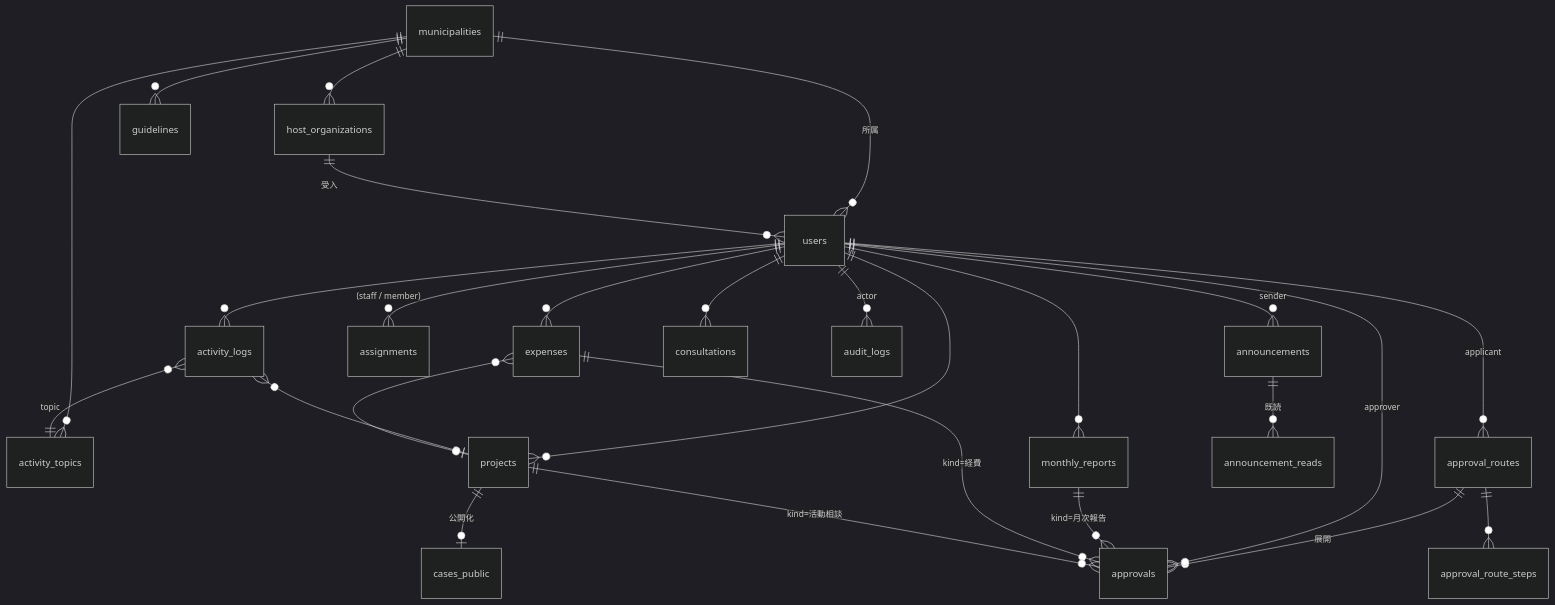
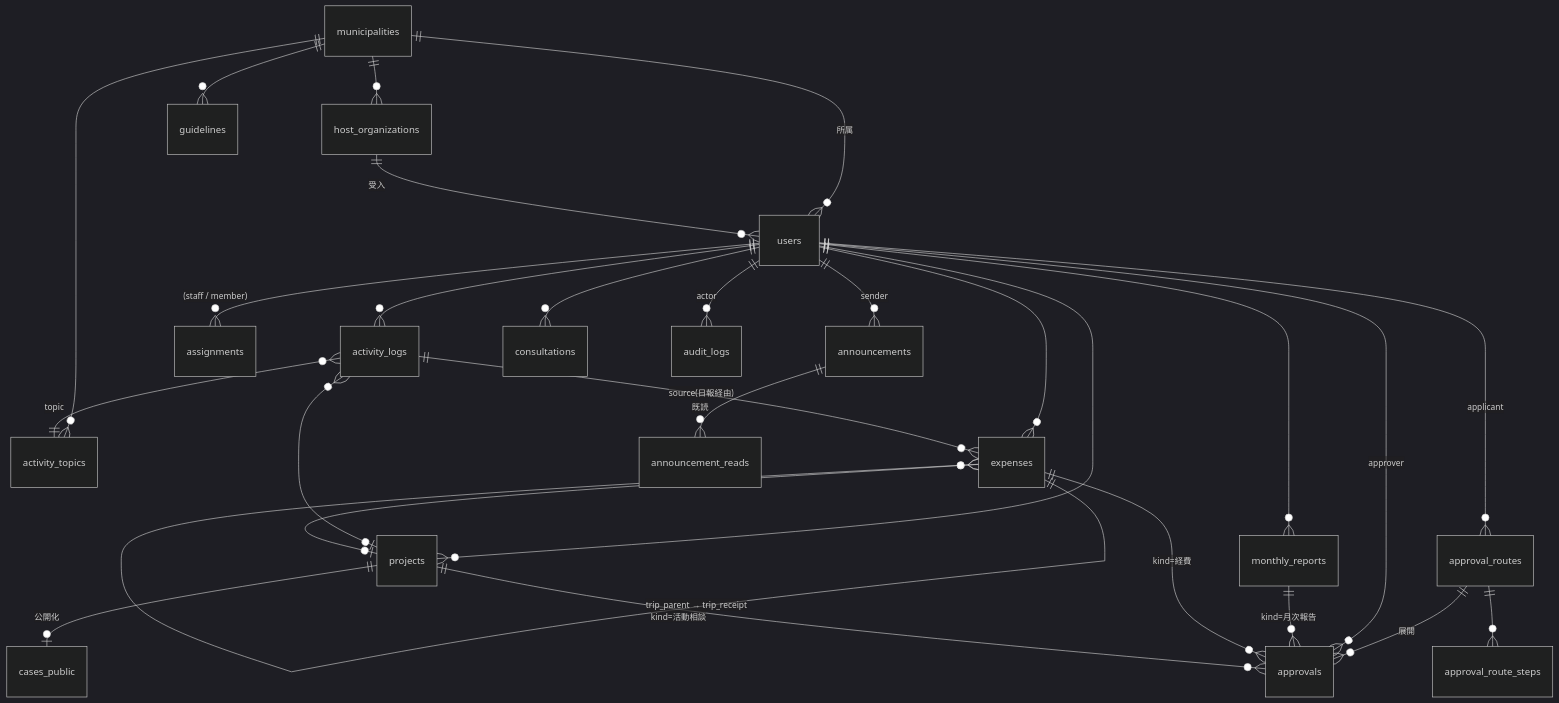
Diagram 11 of 11 in docs/22_v5_data_model.md (masa-dev-2000/kyoryokutai_support), drawn with Mermaid (dark theme) before and after one commit. The commit also changed other lines of this file and 3 other files, not shown here.

````diff
--- a/docs/22_v5_data_model.md
+++ b/docs/22_v5_data_model.md
@@ -240,28 +252,30 @@
 ```mermaid
 erDiagram
   municipalities ||--o{ host_organizations : ""
   municipalities ||--o{ users : "所属"
   host_organizations ||--o{ users : "受入"
   municipalities ||--o{ activity_topics : ""
   municipalities ||--o{ guidelines : ""
   users ||--o{ activity_logs : ""
   users ||--o{ expenses : ""
   users ||--o{ monthly_reports : ""
   users ||--o{ projects : ""
   users ||--o{ assignments : "(staff / member)"
   users ||--o{ approval_routes : "applicant"
   approval_routes ||--o{ approval_route_steps : ""
   approval_routes ||--o{ approvals : "展開"
   users ||--o{ approvals : "approver"
   users ||--o{ announcements : "sender"
   users ||--o{ consultations : ""
   users ||--o{ audit_logs : "actor"
   activity_logs }o--|| activity_topics : "topic"
   activity_logs }o--o| projects : ""
+  activity_logs ||--o{ expenses : "source(日報経由)"
   expenses }o--o| projects : ""
+  expenses ||--o{ expenses : "trip_parent → trip_receipt"
   monthly_reports ||--o{ approvals : "kind=月次報告"
   expenses ||--o{ approvals : "kind=経費"
   projects ||--o{ approvals : "kind=活動相談"
   projects ||--o| cases_public : "公開化"
   announcements ||--o{ announcement_reads : "既読"
 ```
````
